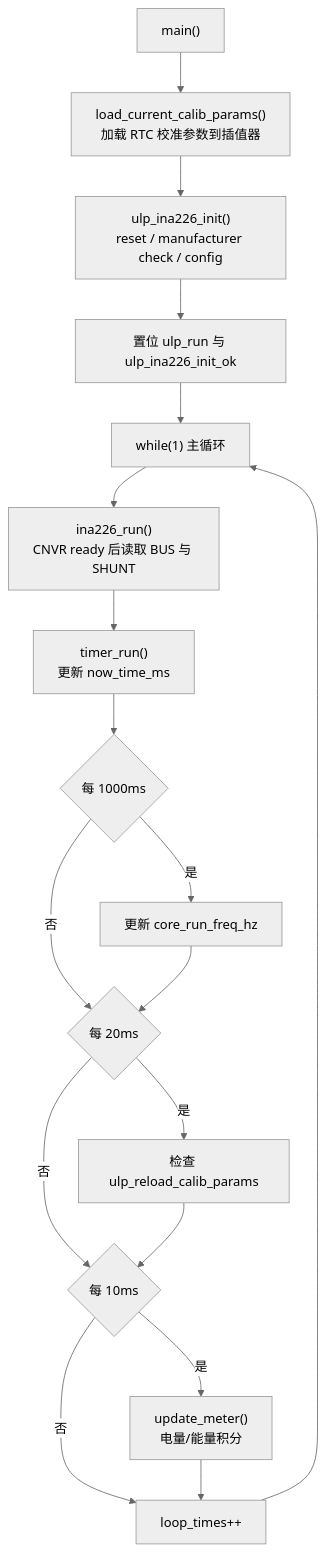
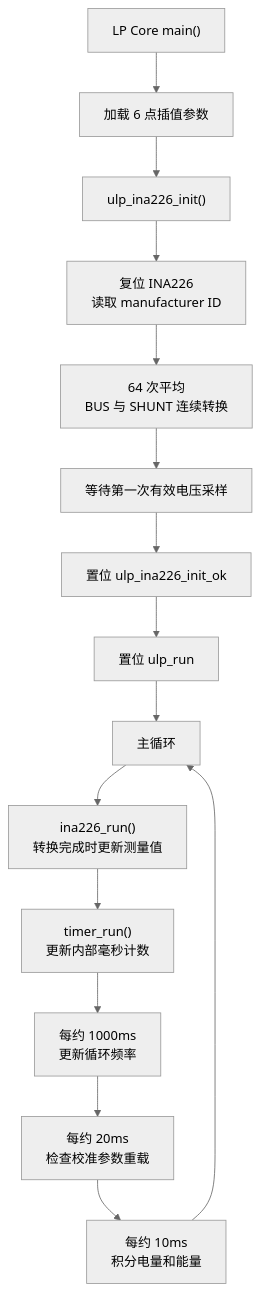
The second of 4 diagrams in main/ulp_app/README.md (qingmeijiupiao/Wireless_power_meter_lite), drawn with Mermaid (neutral theme) before and after one commit. The commit also changed other lines of this file and 7 other files, not shown here.

````diff
--- a/main/ulp_app/README.md
+++ b/main/ulp_app/README.md
@@ -15,20 +27,17 @@
 ```mermaid
 flowchart TD
-    Boot["main()"] --> LoadCalib["load_current_calib_params()<br/>加载 RTC 校准参数到插值器"]
-    LoadCalib --> InaInit["ulp_ina226_init()<br/>reset / manufacturer check / config"]
-    InaInit --> Ready["置位 ulp_run 与 ulp_ina226_init_ok"]
-    Ready --> Loop["while(1) 主循环"]
-    Loop --> Sample["ina226_run()<br/>CNVR ready 后读取 BUS 与 SHUNT"]
-    Sample --> Timer["timer_run()<br/>更新 now_time_ms"]
-    Timer --> Freq{"每 1000ms"}
-    Freq -->|是| UpdateFreq["更新 core_run_freq_hz"]
-    Freq -->|否| ReloadCheck
-    UpdateFreq --> ReloadCheck{"每 20ms"}
-    ReloadCheck -->|是| Reload["检查 ulp_reload_calib_params"]
-    ReloadCheck -->|否| MeterCheck
-    Reload --> MeterCheck{"每 10ms"}
-    MeterCheck -->|是| Meter["update_meter()<br/>电量/能量积分"]
-    MeterCheck -->|否| Inc["loop_times++"]
-    Meter --> Inc
-    Inc --> Loop
+    Start["LP Core main()"] --> Load["加载 6 点插值参数"]
+    Load --> Init["ulp_ina226_init()"]
+    Init --> Reset["复位 INA226<br/>读取 manufacturer ID"]
+    Reset --> Config["64 次平均<br/>BUS 与 SHUNT 连续转换"]
+    Config --> First["等待第一次有效电压采样"]
+    First --> InitOK["置位 ulp_ina226_init_ok"]
+    InitOK --> Run["置位 ulp_run"]
+    Run --> Loop["主循环"]
+    Loop --> Sample["ina226_run()<br/>转换完成时更新测量值"]
+    Sample --> Timer["timer_run()<br/>更新内部毫秒计数"]
+    Timer --> Every1s["每约 1000ms<br/>更新循环频率"]
+    Every1s --> Every20ms["每约 20ms<br/>检查校准参数重载"]
+    Every20ms --> Every10ms["每约 10ms<br/>积分电量和能量"]
+    Every10ms --> Loop
 ```
````
